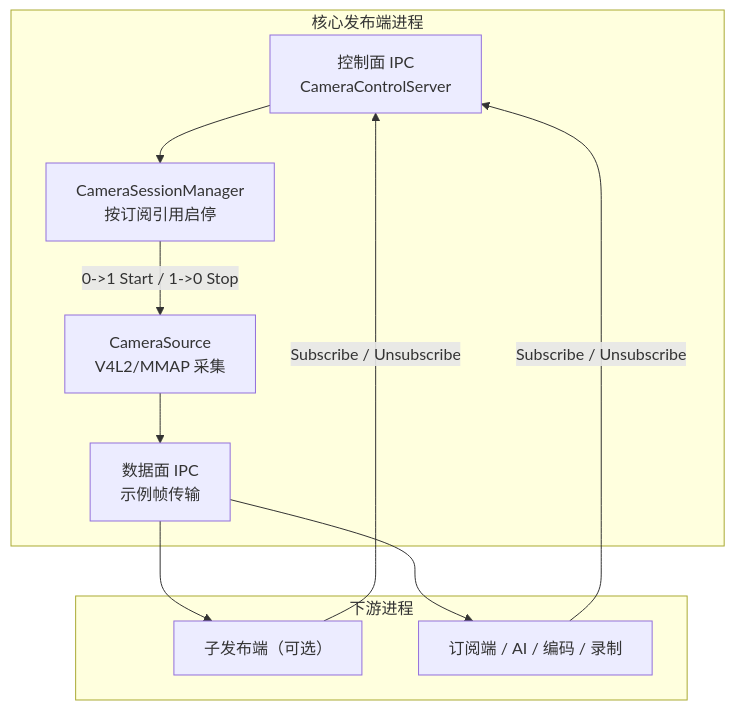
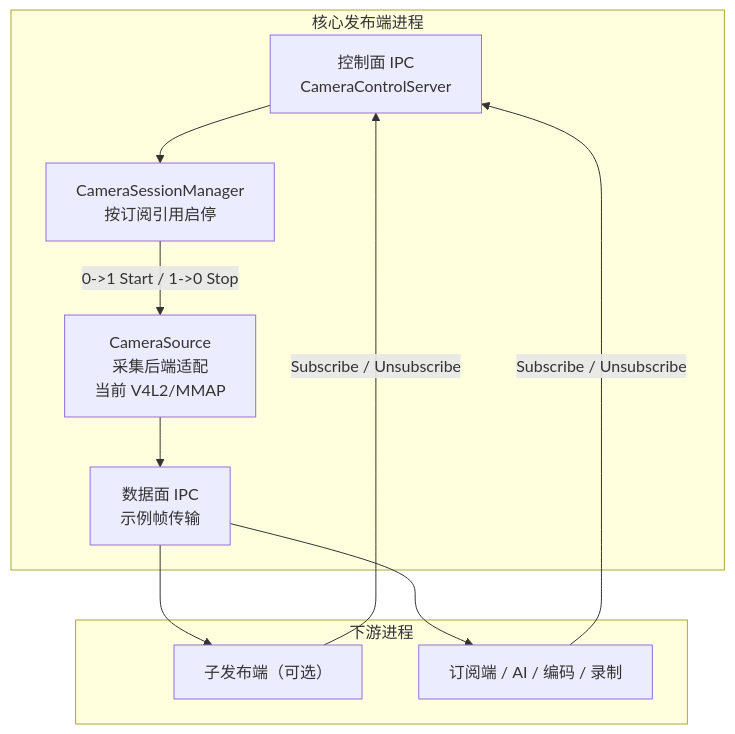
Before and after one commit to SuycxZMZ/CameraSubsystem: the first of 2 diagrams in README.md, drawn with Mermaid. The commit also changed other lines of this file and 6 other files, not shown here.

````diff
--- a/README.md
+++ b/README.md
@@ -99,22 +101,22 @@
 ```mermaid
 flowchart TB
     subgraph Publisher["核心发布端进程"]
         Control["控制面 IPC<br/>CameraControlServer"]
         Session["CameraSessionManager<br/>按订阅引用启停"]
-        Source["CameraSource<br/>V4L2/MMAP 采集"]
+        Source["CameraSource<br/>采集后端适配<br/>当前 V4L2/MMAP"]
         Data["数据面 IPC<br/>示例帧传输"]
     end
 
     subgraph Consumers["下游进程"]
         SubPublisher["子发布端（可选）"]
         Subscriber["订阅端 / AI / 编码 / 录制"]
     end
 
     SubPublisher -->|Subscribe / Unsubscribe| Control
     Subscriber -->|Subscribe / Unsubscribe| Control
     Control --> Session
     Session -->|0->1 Start / 1->0 Stop| Source
     Source --> Data
     Data --> SubPublisher
     Data --> Subscriber
 ```
````
